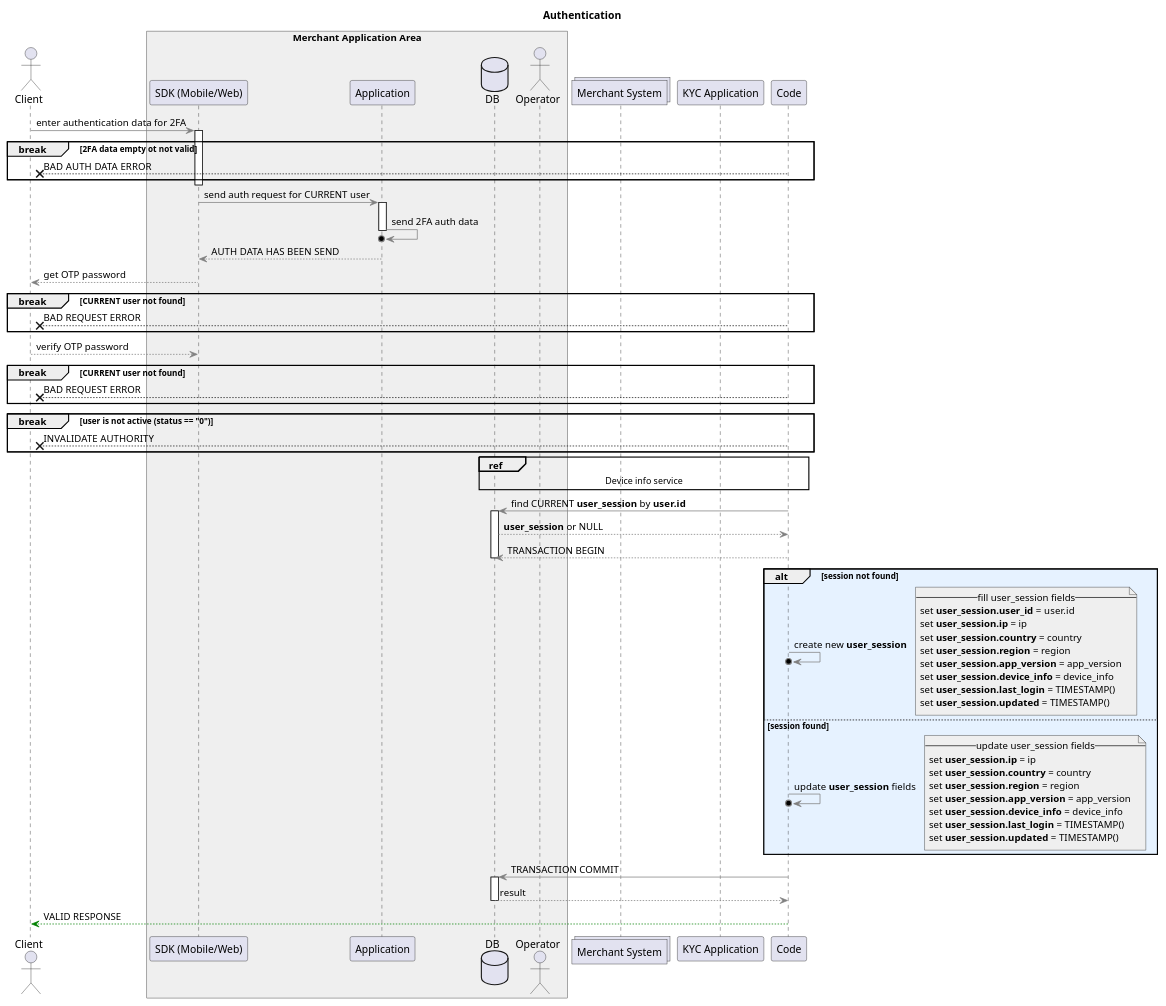
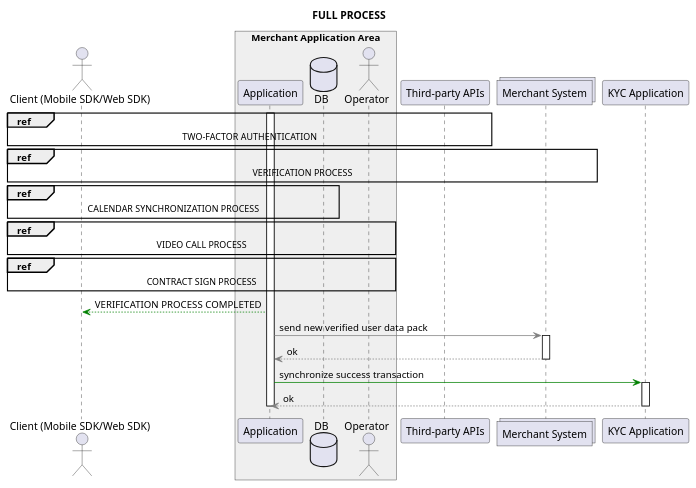
Before and after one commit to DjFact/kyc-docs: the diagram in resources/umls/how-it-works.puml, drawn with PlantUML. The commit also changed other lines of this file and 6 other files, not shown here.

```diff
--- a/resources/umls/how-it-works.puml
+++ b/resources/umls/how-it-works.puml
@@ -1,76 +1,31 @@
 @startuml
-title Authentication
+    title FULL PROCESS
 
-actor Client
-box "Merchant Application Area" #efefef
-	participant "SDK (Mobile/Web)" as SDK
-	participant "Application" as Server
-	database "DB" as DB
-	actor Operator
-end box
-collections "Merchant System" as SYS
-participant "KYC Application" as KYC
+    actor "Client (Mobile SDK/Web SDK)" as Client
+    box "Merchant Application Area" #efefef
+        participant "Application" as Server
+        database "DB" as DB
+        actor Operator
+    end box
+    participant "Third-party APIs" as API
+    collections "Merchant System" as Bank
+    participant "KYC Application" as KYC
 
-Client -[#gray]> SDK : enter authentication data for 2FA
-activate SDK
-	break 2FA data empty ot not valid
-    	Code --x Client : BAD AUTH DATA ERROR
-	end
-	deactivate SDK
-	SDK -[#gray]> Server : send auth request for CURRENT user
-	activate Server
-	Server -[#gray]>o Server : send 2FA auth data
-	deactivate Server
-	Server -[#gray]-> SDK : AUTH DATA HAS BEEN SEND
-	SDK -[#gray]-> Client : get OTP password
-	break CURRENT user not found
-        Code --x Client : BAD REQUEST ERROR
-    end
-	Client -[#gray]-> SDK : verify OTP password
-	break CURRENT user not found
-    	Code --x Client : BAD REQUEST ERROR
-	end
-	break user is not active (status == "0")
-    	Code --x Client : INVALIDATE AUTHORITY
-	end
+    activate Server
+        ref over Client, Server, DB, API : TWO-FACTOR AUTHENTICATION
+        ref over Client, Server, DB, API, Bank : VERIFICATION PROCESS
+        ref over Client, Server, DB : CALENDAR SYNCHRONIZATION PROCESS
+        ref over Client, Server, DB, Operator : VIDEO CALL PROCESS
+        ref over Client, Server, DB, Operator : CONTRACT SIGN PROCESS
 
-	ref over Code, DB : Device info service
-
-	Code -[#gray]> DB : find CURRENT <b>user_session</b> by <b>user.id</b>
-	activate DB
-		DB -[#gray]-> Code : <b>user_session</b> or NULL
-		Code -[#gray]-> DB : TRANSACTION BEGIN
-	deactivate DB
-	alt #e6f2ff session not found
-		Code -[#gray]>o Code : create new <b>user_session</b>
-		note right #efefef
-			--fill user_session fields--
-			set <b>user_session.user_id</b> = user.id
-			set <b>user_session.ip</b> = ip
-			set <b>user_session.country</b> = country
-			set <b>user_session.region</b> = region
-			set <b>user_session.app_version</b> = app_version
-			set <b>user_session.device_info</b> = device_info
-			set <b>user_session.last_login</b> = TIMESTAMP()
-			set <b>user_session.updated</b> = TIMESTAMP()
-		end note
-	else session found
-		Code -[#gray]>o Code : update <b>user_session</b> fields
-		note right #efefef
-			--update user_session fields--
-			set <b>user_session.ip</b> = ip
-			set <b>user_session.country</b> = country
-			set <b>user_session.region</b> = region
-			set <b>user_session.app_version</b> = app_version
-			set <b>user_session.device_info</b> = device_info
-			set <b>user_session.last_login</b> = TIMESTAMP()
-			set <b>user_session.updated</b> = TIMESTAMP()
-		end note
-	end
-	Code -[#gray]> DB : TRANSACTION COMMIT
-	activate DB
-		DB -[#gray]-> Code : result
-	deactivate DB
-    Code -[#green]-> Client : VALID RESPONSE
-deactivate Code
+        Server -[#green]-> Client : VERIFICATION PROCESS COMPLETED
+        Server -[#gray]> Bank : send new verified user data pack
+        activate Bank
+            Bank -[#gray]-> Server : ok
+        deactivate Bank
+        Server -[#green]> KYC : synchronize success transaction
+        activate KYC
+            KYC -[#gray]-> Server : ok
+        deactivate KYC
+    deactivate Server
 @enduml
```
